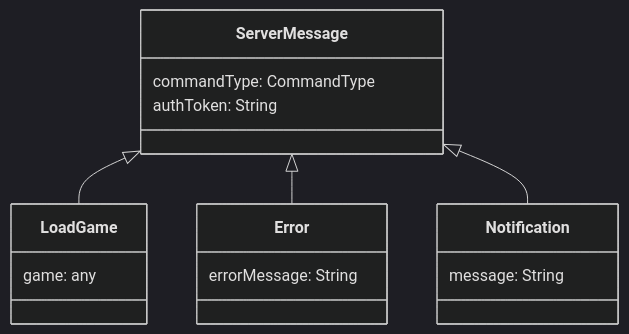
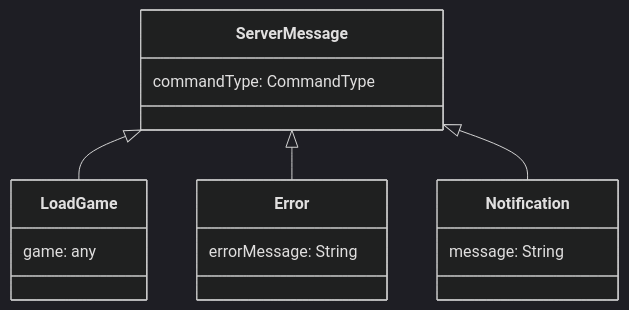
The second of 2 diagrams in chess/6-gameplay/gameplay.md (softwareconstruction240/softwareconstruction), drawn with Mermaid (dark theme) before and after one commit.

Commit message:
Fix(diagram) bad auth ref

````diff
--- a/chess/6-gameplay/gameplay.md
+++ b/chess/6-gameplay/gameplay.md
@@ -141,19 +141,18 @@
 ```mermaid
 classDiagram
     class ServerMessage {
         commandType: CommandType
-        authToken: String
     }
     class LoadGame {
         game: any
     }
     class Error {
         errorMessage: String
     }
     class Notification {
         message: String
     }
     ServerMessage <|-- LoadGame
     ServerMessage <|-- Error
     ServerMessage <|-- Notification
 ```
````
